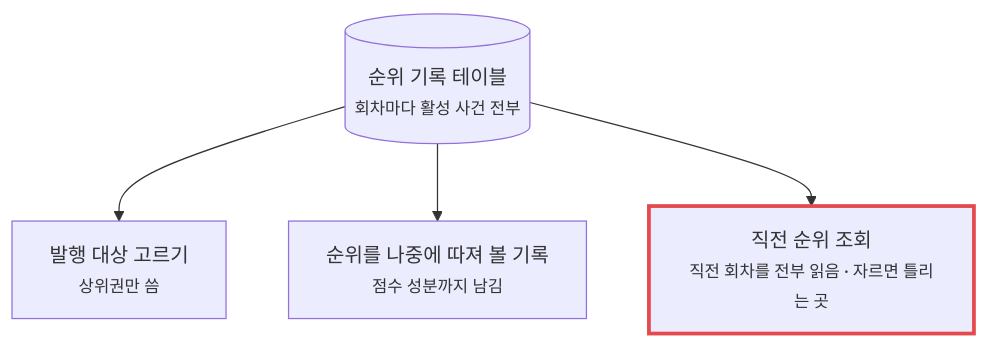
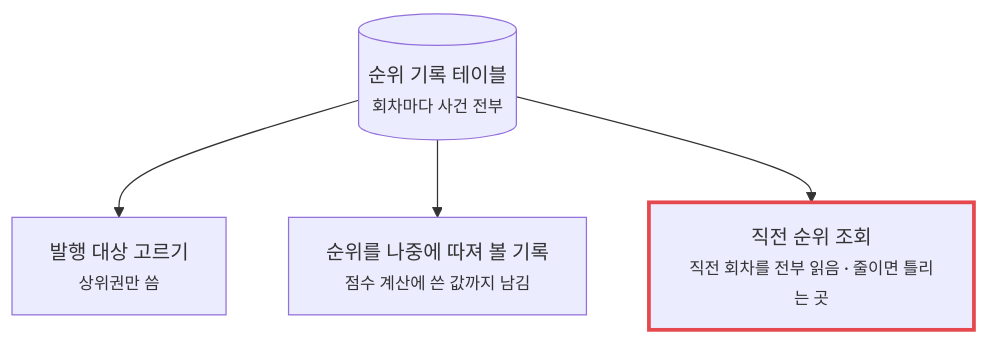
Before and after one commit to oownahcohc/oownahcohc.github.io: the second of 3 diagrams in src/content/blog/snapshot-ledger-quadratic-growth.md, drawn with Mermaid. The commit also changed other lines of this file, not shown here.

Commit message:
순위 기록 테이블 글의 제목과 본문에서 어려운 표현을 쉬운 말로 풀어 쓴다

````diff
--- a/src/content/blog/snapshot-ledger-quadratic-growth.md
+++ b/src/content/blog/snapshot-ledger-quadratic-growth.md
@@ -79,12 +83,12 @@
 ```mermaid
 flowchart TB
-    T[("순위 기록 테이블<br/><small>회차마다 활성 사건 전부</small>")]
+    T[("순위 기록 테이블<br/><small>회차마다 사건 전부</small>")]
     A["발행 대상 고르기<br/><small>상위권만 씀</small>"]
-    B["순위를 나중에 따져 볼 기록<br/><small>점수 성분까지 남김</small>"]
-    C["직전 순위 조회<br/><small>직전 회차를 전부 읽음 · 자르면 틀리는 곳</small>"]
+    B["순위를 나중에 따져 볼 기록<br/><small>점수 계산에 쓴 값까지 남김</small>"]
+    C["직전 순위 조회<br/><small>직전 회차를 전부 읽음 · 줄이면 틀리는 곳</small>"]
     T --> A
     T --> B
     T --> C
     classDef bottleneck stroke:#e5484d,stroke-width:3px
     class C bottleneck
 ```
````
